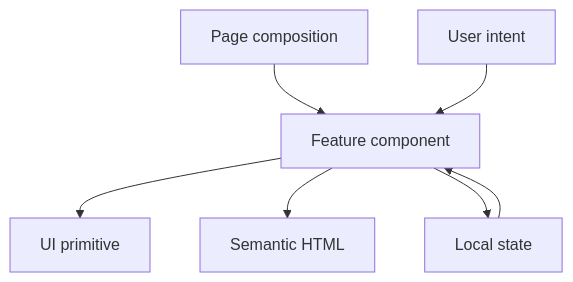
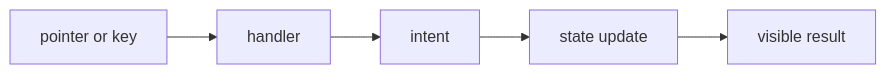
Before and after one commit to SobralCybersec/Portifolio: the ninth of 22 diagrams in docs/react.md, drawn with Mermaid. The commit also changed other lines of this file and 142 other files, not shown here.

````diff
--- a/docs/react.md
+++ b/docs/react.md
@@ -109,9 +513,7 @@
 ```mermaid
-flowchart TB
-    PAGE[Page composition] --> FEATURE[Feature component]
-    FEATURE --> PRIMITIVE[UI primitive]
-    FEATURE --> HTML[Semantic HTML]
-    USER[User intent] --> FEATURE
-    FEATURE --> STATE[Local state]
-    STATE --> FEATURE
+flowchart LR
+    A[pointer or key] --> B[handler]
+    B --> C[intent]
+    C --> D[state update]
+    D --> E[visible result]
 ```
````
